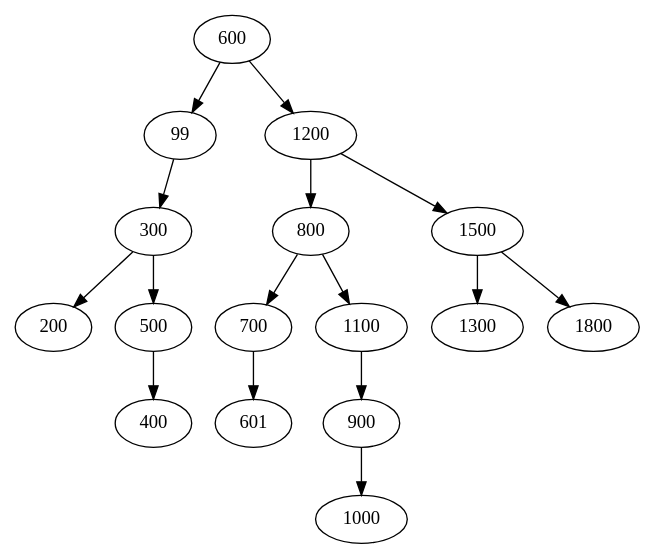
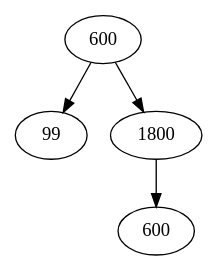
Before and after one commit to Edwinhndz/201807124_EDD_Proyecto: the diagram in grafica_arbol.dot, drawn with Graphviz. The commit also changed 7 other files, not shown here.

```diff
--- a/grafica_arbol.dot
+++ b/grafica_arbol.dot
@@ -1,47 +1,11 @@
 digraph G { 
 P12345678[label ="600"];
 P12345678->P98765432;
 P98765432[label ="99"];
-P98765432[label ="99"];
-P98765432->P1514131719;
-P1514131719[label ="300"];
-P1514131719[label ="300"];
-P1514131719->P44454647;
-P44454647[label ="200"];
-P1514131719[label ="300"];
-P1514131719->P32333435;
-P32333435[label ="500"];
-P32333435[label ="500"];
-P32333435->P60616263;
-P60616263[label ="400"];
 P12345678[label ="600"];
-P12345678->P24681012;
-P24681012[label ="1200"];
-P24681012[label ="1200"];
-P24681012->P13579246;
-P13579246[label ="800"];
-P13579246[label ="800"];
-P13579246->P20222426;
-P20222426[label ="700"];
-P20222426[label ="700"];
-P20222426->P52535455;
-P52535455[label ="601"];
-P13579246[label ="800"];
-P13579246->P28293031;
-P28293031[label ="1100"];
-P28293031[label ="1100"];
-P28293031->P36373839;
-P36373839[label ="900"];
-P36373839[label ="900"];
-P36373839->P56575859;
-P56575859[label ="1000"];
-P24681012[label ="1200"];
-P24681012->P369121518;
-P369121518[label ="1500"];
-P369121518[label ="1500"];
-P369121518->P40414243;
-P40414243[label ="1300"];
-P369121518[label ="1500"];
-P369121518->P48495051;
+P12345678->P48495051;
 P48495051[label ="1800"];
+P48495051[label ="1800"];
+P48495051->P52535455;
+P52535455[label ="600"];
  }
```
